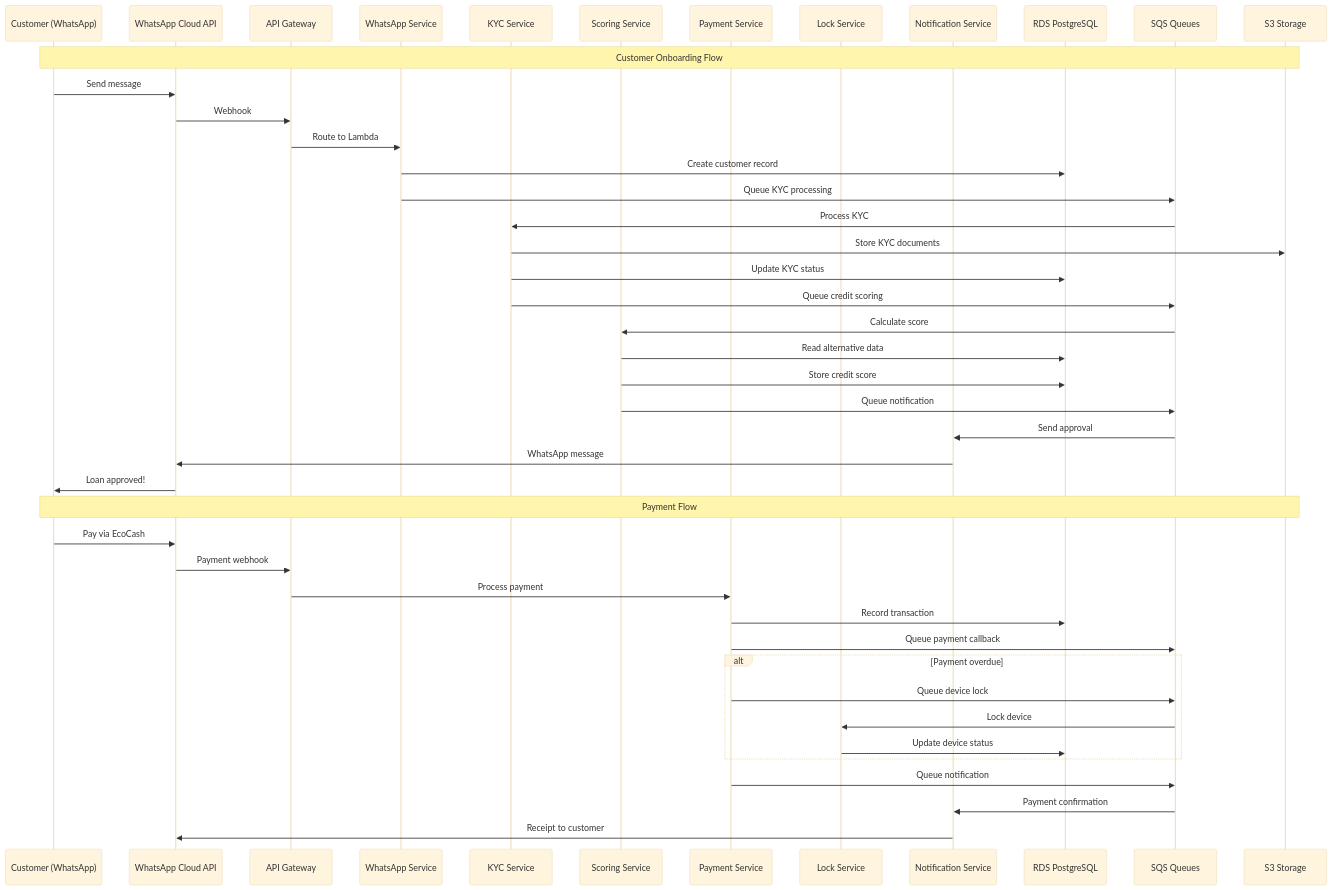
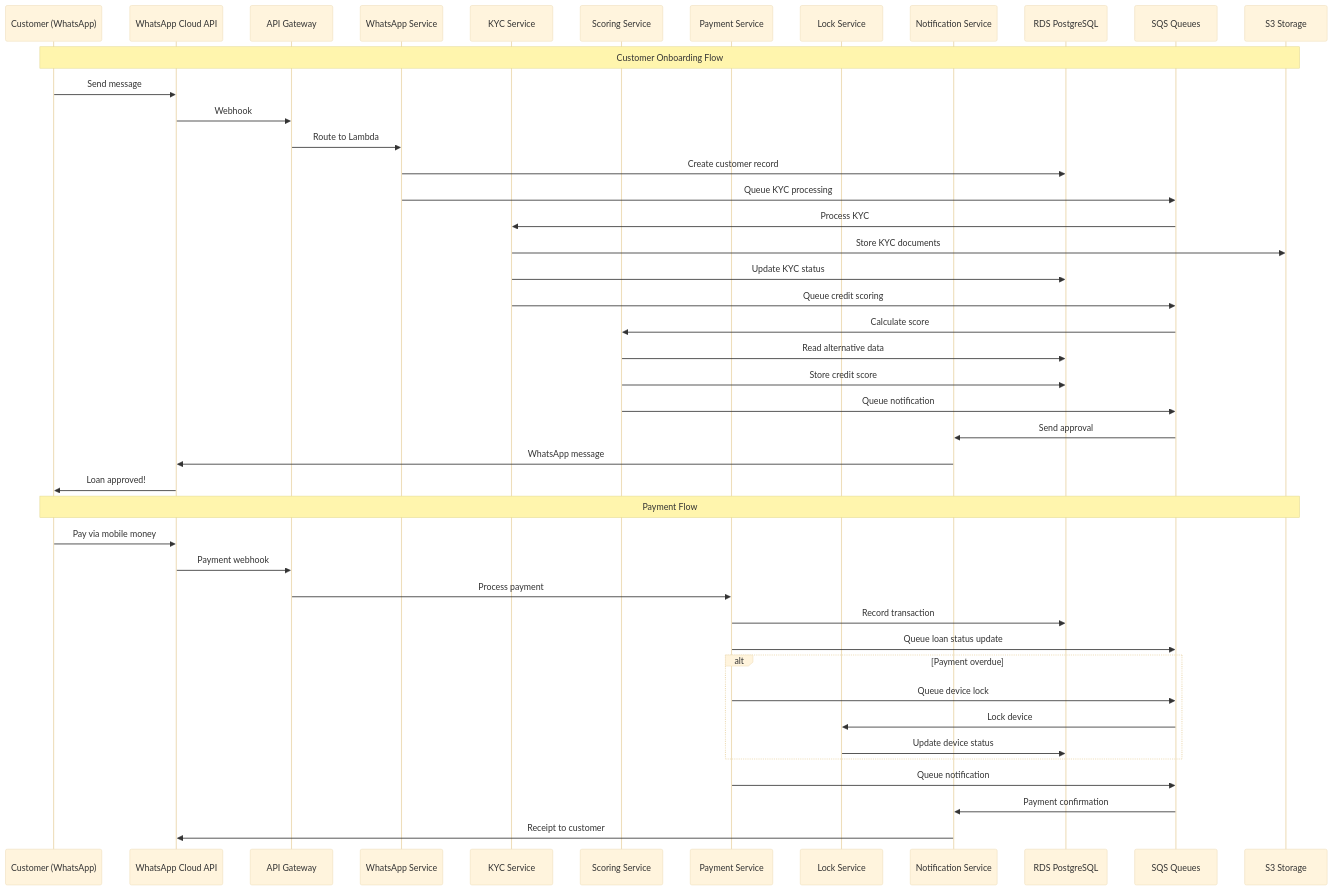
One commit to 1terr/Lynia-finance changed the fifth of 5 diagrams in docs/architecture/AWS-ARCHITECTURE.md. Above: the diagram before and after it, drawn with Mermaid (base theme). The commit also changed other lines of this file and 3 other files, not shown here.

````diff
--- a/docs/architecture/AWS-ARCHITECTURE.md
+++ b/docs/architecture/AWS-ARCHITECTURE.md
@@ -241,55 +256,55 @@
 ```mermaid
 sequenceDiagram
     participant C as Customer (WhatsApp)
     participant WC as WhatsApp Cloud API
     participant AG as API Gateway
     participant WS as WhatsApp Service
     participant KS as KYC Service
     participant SS as Scoring Service
     participant PS as Payment Service
     participant LS as Lock Service
     participant NS as Notification Service
     participant DB as RDS PostgreSQL
     participant Q as SQS Queues
     participant S3 as S3 Storage
 
     Note over C,S3: Customer Onboarding Flow
 
     C->>WC: Send message
     WC->>AG: Webhook
     AG->>WS: Route to Lambda
     WS->>DB: Create customer record
     WS->>Q: Queue KYC processing
 
     Q->>KS: Process KYC
     KS->>S3: Store KYC documents
     KS->>DB: Update KYC status
     KS->>Q: Queue credit scoring
 
     Q->>SS: Calculate score
     SS->>DB: Read alternative data
     SS->>DB: Store credit score
     SS->>Q: Queue notification
 
     Q->>NS: Send approval
     NS->>WC: WhatsApp message
     WC->>C: Loan approved!
 
     Note over C,S3: Payment Flow
 
-    C->>WC: Pay via EcoCash
+    C->>WC: Pay via mobile money
     WC->>AG: Payment webhook
     AG->>PS: Process payment
     PS->>DB: Record transaction
-    PS->>Q: Queue payment callback
+    PS->>Q: Queue loan status update
 
     alt Payment overdue
         PS->>Q: Queue device lock
         Q->>LS: Lock device
         LS->>DB: Update device status
     end
 
     PS->>Q: Queue notification
     Q->>NS: Payment confirmation
     NS->>WC: Receipt to customer
 ```
````
